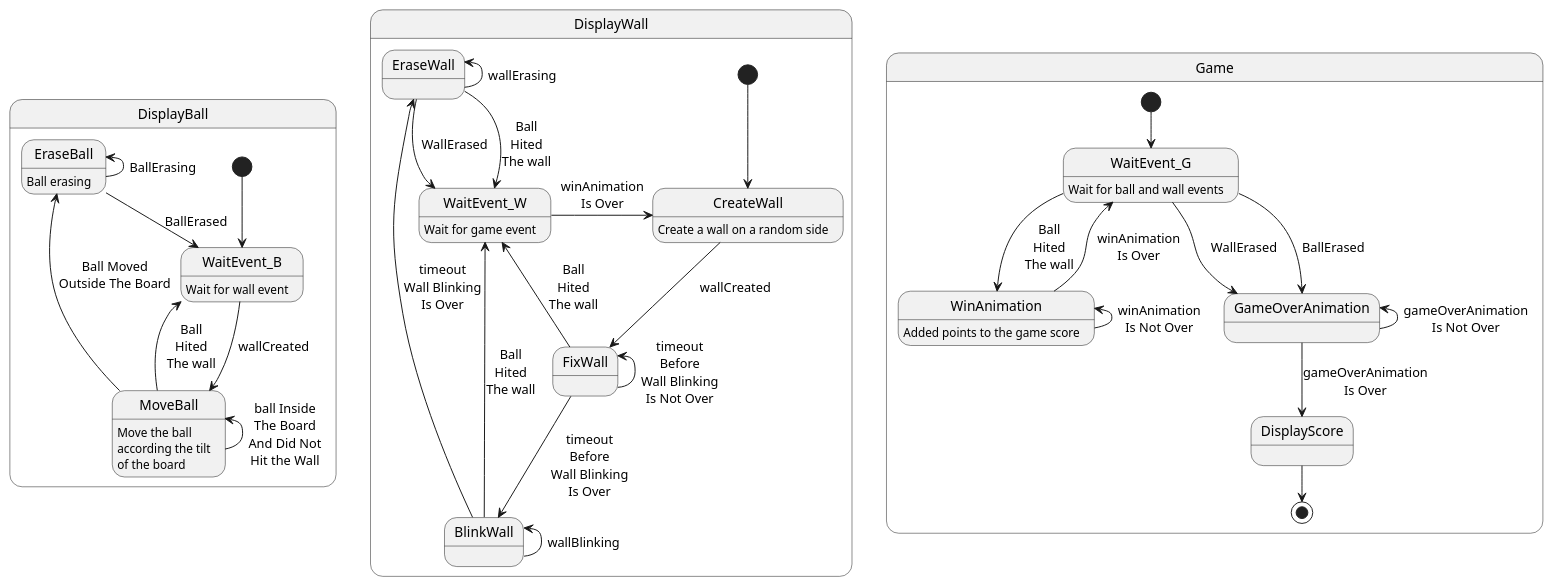
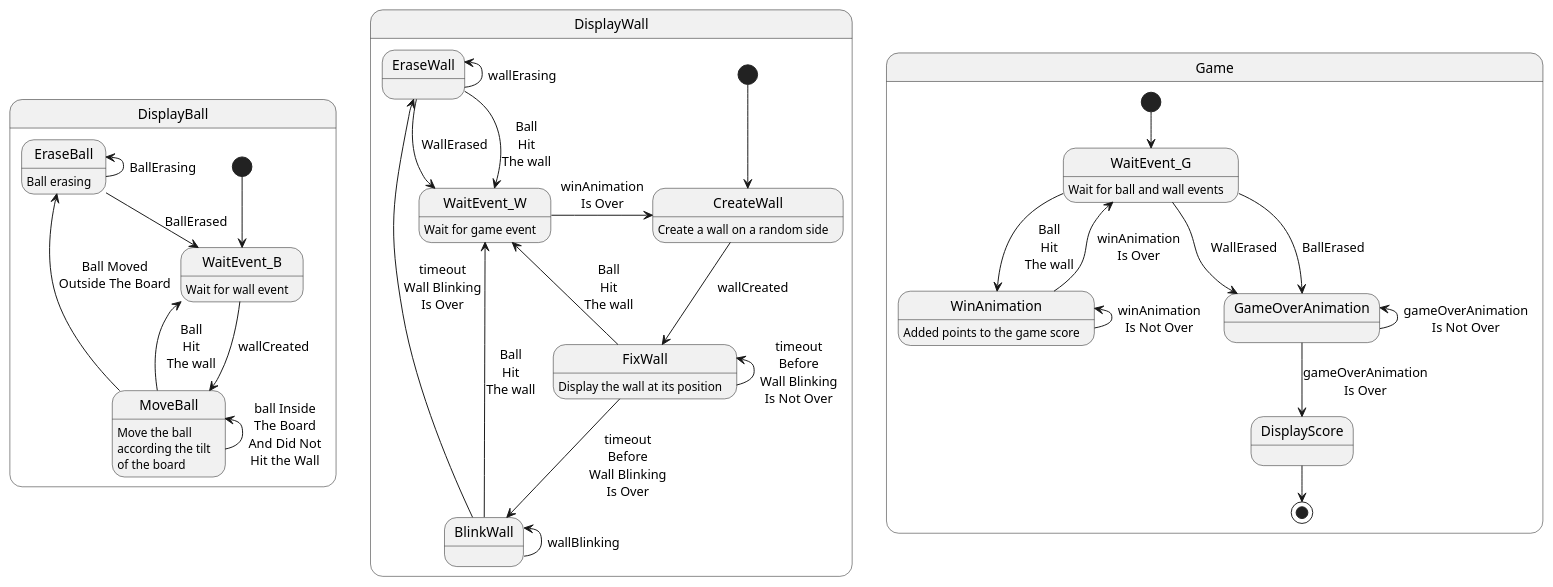
Before and after one commit to jebissey/GamesOfSkill: the diagram in Arduino-nano/LedsPong/LedsPong.puml, drawn with PlantUML. The commit also changed 5 other files, not shown here.

```diff
--- a/Arduino-nano/LedsPong/LedsPong.puml
+++ b/Arduino-nano/LedsPong/LedsPong.puml
@@ -1,61 +1,62 @@
 @startuml
 
 state DisplayBall {
     [*] --> WaitEvent_B
 
     WaitEvent_B : Wait for wall event
     WaitEvent_B -> MoveBall : wallCreated
 
     MoveBall : Move the ball\naccording the tilt\nof the board
     MoveBall -up-> MoveBall : ball Inside\nThe Board\nAnd Did Not\nHit the Wall
     MoveBall --> EraseBall :  Ball Moved\nOutside The Board
-    MoveBall --> WaitEvent_B : Ball\nHited\nThe wall
+    MoveBall --> WaitEvent_B : Ball\nHit\nThe wall
 
     EraseBall : Ball erasing
     EraseBall -up-> EraseBall : BallErasing
     EraseBall --> WaitEvent_B : BallErased
 
 }
 
 state DisplayWall {
     [*] --> CreateWall
 
     CreateWall : Create a wall on a random side
     CreateWall --> FixWall : wallCreated
 
+    FixWall : Display the wall at its position
     FixWall -up-> FixWall : timeout\nBefore\nWall Blinking\nIs Not Over
     FixWall --> BlinkWall : timeout\nBefore\nWall Blinking\nIs Over
-    FixWall ->  WaitEvent_W :  Ball\nHited\nThe wall
+    FixWall ->  WaitEvent_W :  Ball\nHit\nThe wall
     
     BlinkWall -up-> BlinkWall : wallBlinking
     BlinkWall --> EraseWall : timeout\nWall Blinking\nIs Over
-    BlinkWall ->  WaitEvent_W :  Ball\nHited\nThe wall
+    BlinkWall ->  WaitEvent_W :  Ball\nHit\nThe wall
 
     EraseWall -up-> EraseWall : wallErasing
     EraseWall --> WaitEvent_W : WallErased
-    EraseWall ->  WaitEvent_W :  Ball\nHited\nThe wall
+    EraseWall ->  WaitEvent_W :  Ball\nHit\nThe wall
 
     WaitEvent_W : Wait for game event
     WaitEvent_W -> CreateWall : winAnimation\nIs Over
 }
 
 state Game {
     [*] --> WaitEvent_G
 
     WaitEvent_G : Wait for ball and wall events
     WaitEvent_G --> GameOverAnimation : WallErased
     WaitEvent_G --> GameOverAnimation : BallErased
 
-    WaitEvent_G --> WinAnimation : Ball\nHited\nThe wall
+    WaitEvent_G --> WinAnimation : Ball\nHit\nThe wall
 
     WinAnimation : Added points to the game score
     WinAnimation -up-> WinAnimation : winAnimation\nIs Not Over
     WinAnimation --> WaitEvent_G : winAnimation\nIs Over
 
     GameOverAnimation -up-> GameOverAnimation : gameOverAnimation\nIs Not Over
     GameOverAnimation --> DisplayScore : gameOverAnimation\nIs Over
 
     DisplayScore --> [*]
 }
 
 @enduml
```
